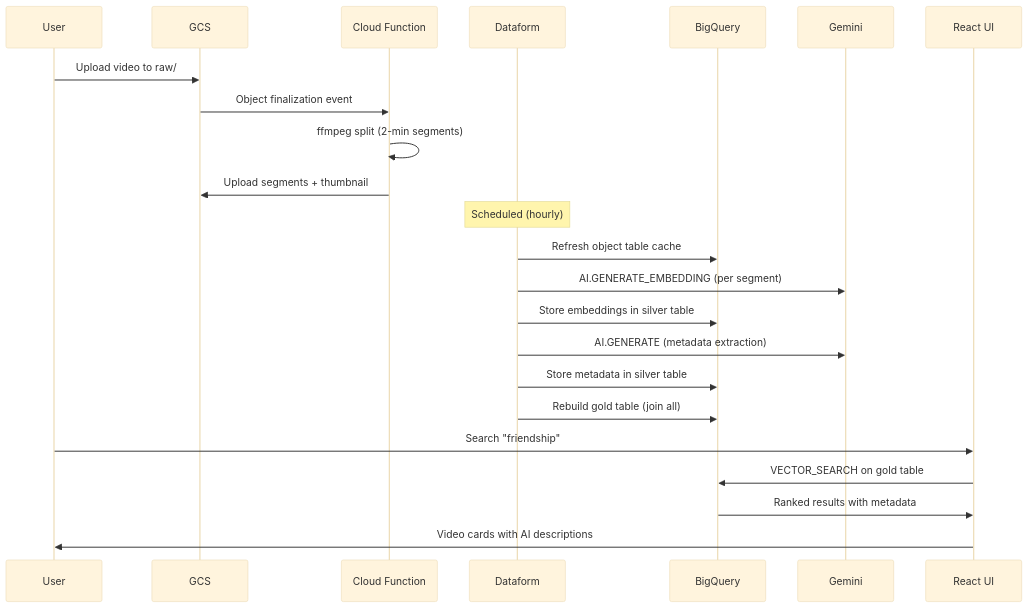
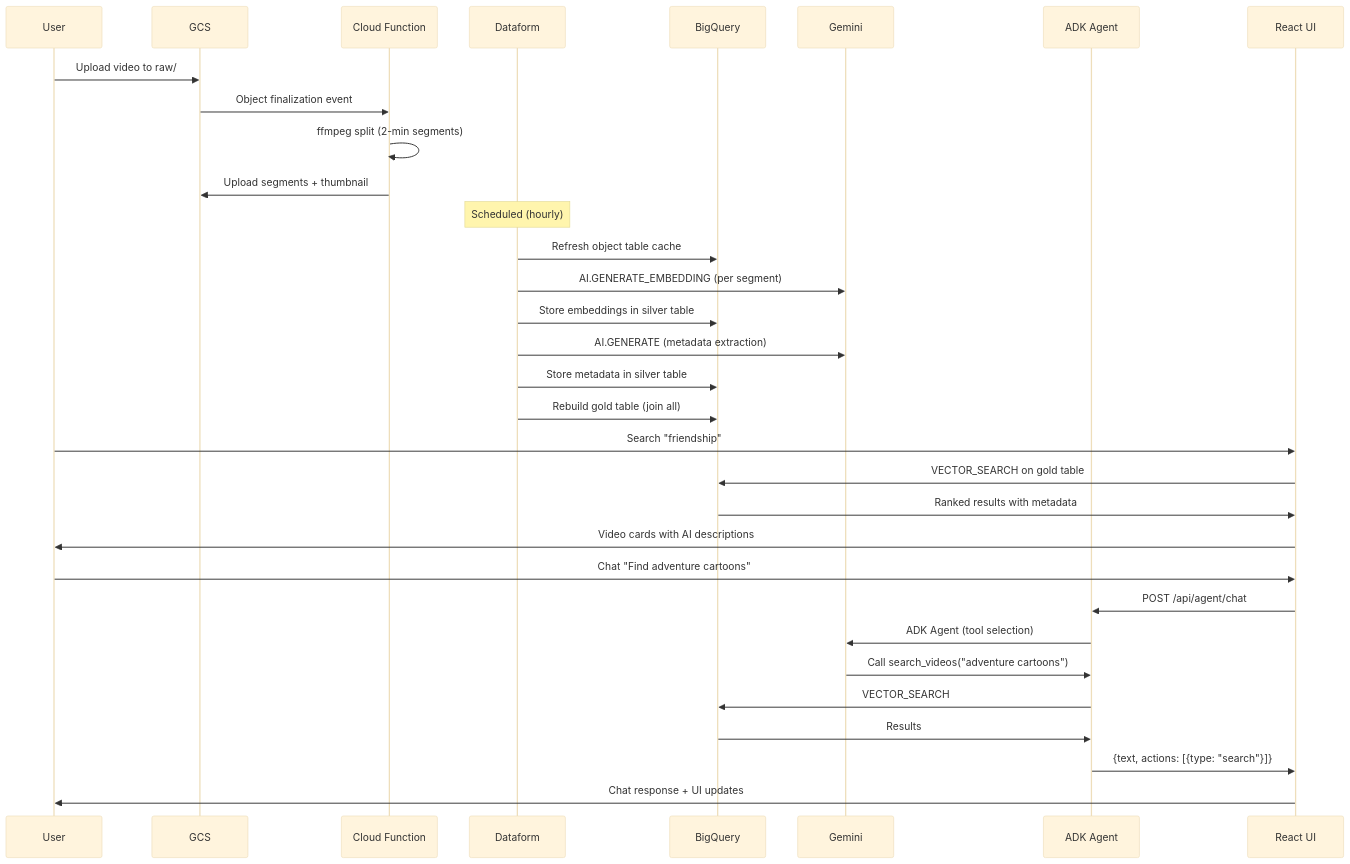
Before and after one commit to gCloud-Tech-Showcase/Data-Cloud: the second of 2 diagrams in docs/demos/video-vector-search/architecture.md, drawn with Mermaid (base theme). The commit also changed other lines of this file and 31 other files, not shown here.

First line of the commit message:
Add AI agent (The Archivist) to Video Vector Search demo (#14)

````diff
--- a/docs/demos/video-vector-search/architecture.md
+++ b/docs/demos/video-vector-search/architecture.md
@@ -43,28 +45,38 @@
 ```mermaid
 sequenceDiagram
     participant User
     participant GCS
     participant CF as Cloud Function
     participant DF as Dataform
     participant BQ as BigQuery
     participant Gemini
+    participant K as ADK Agent
     participant UI as React UI
 
     User->>GCS: Upload video to raw/
     GCS->>CF: Object finalization event
     CF->>CF: ffmpeg split (2-min segments)
     CF->>GCS: Upload segments + thumbnail
 
     Note over DF: Scheduled (hourly)
     DF->>BQ: Refresh object table cache
     DF->>Gemini: AI.GENERATE_EMBEDDING (per segment)
     DF->>BQ: Store embeddings in silver table
     DF->>Gemini: AI.GENERATE (metadata extraction)
     DF->>BQ: Store metadata in silver table
     DF->>BQ: Rebuild gold table (join all)
 
     User->>UI: Search "friendship"
     UI->>BQ: VECTOR_SEARCH on gold table
     BQ->>UI: Ranked results with metadata
     UI->>User: Video cards with AI descriptions
+
+    User->>UI: Chat "Find adventure cartoons"
+    UI->>K: POST /api/agent/chat
+    K->>Gemini: ADK Agent (tool selection)
+    Gemini->>K: Call search_videos("adventure cartoons")
+    K->>BQ: VECTOR_SEARCH
+    BQ->>K: Results
+    K->>UI: {text, actions: [{type: "search"}]}
+    UI->>User: Chat response + UI updates
 ```
````
